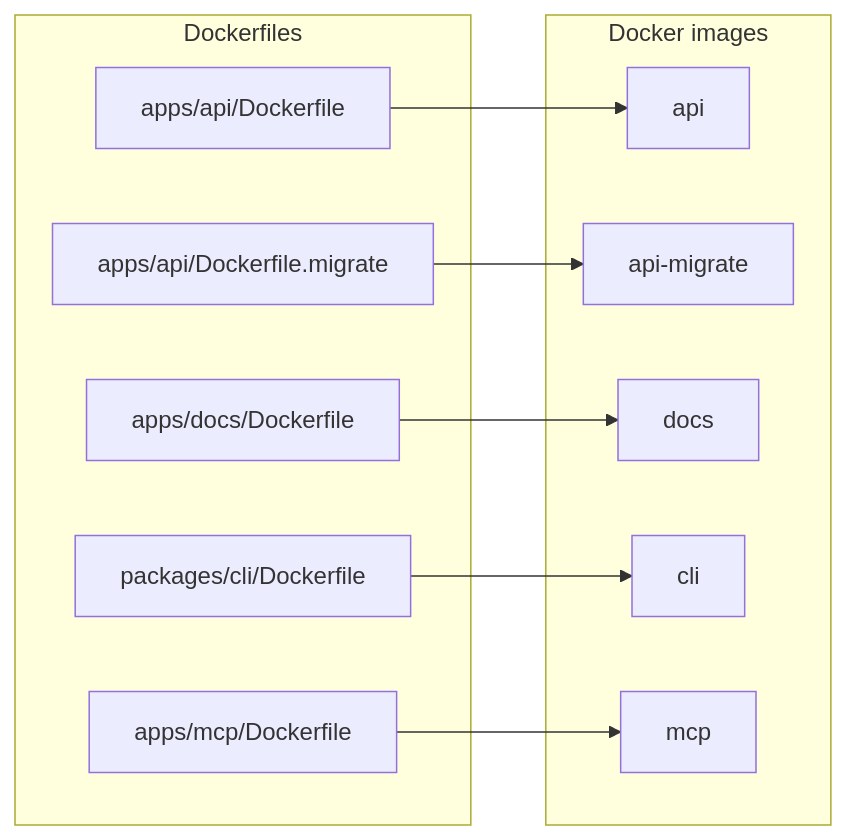
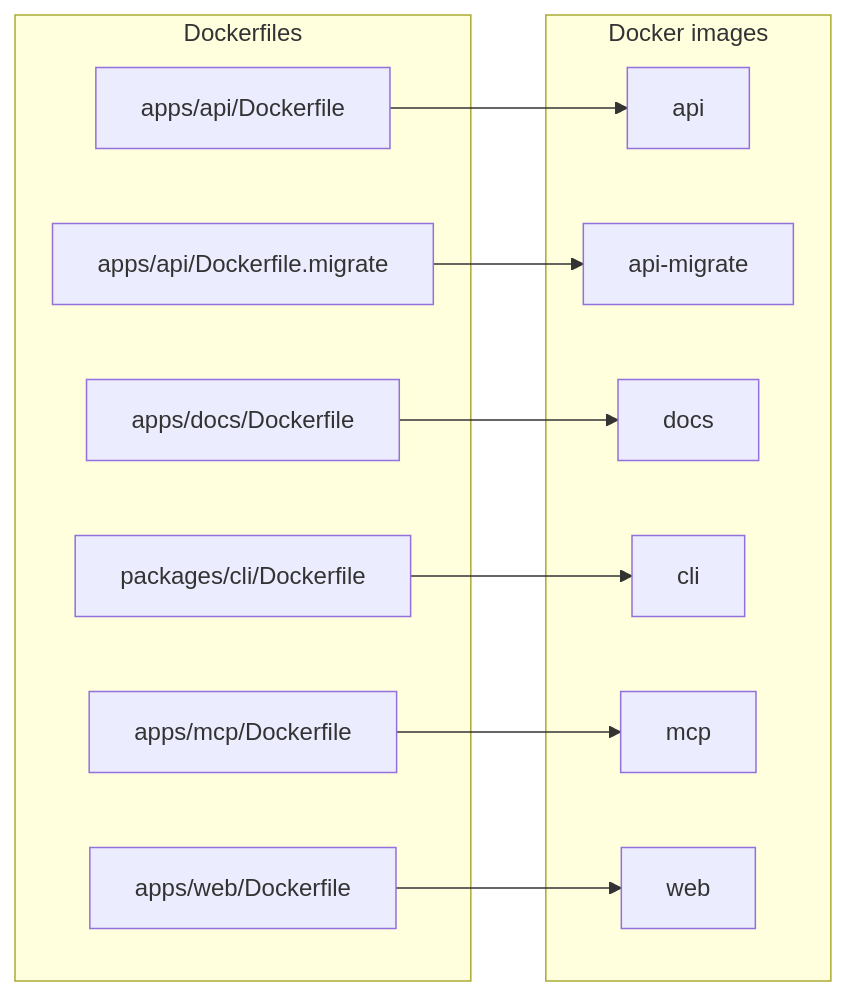
Before and after one commit to this-is-tobi/template-monorepo-ts: the first of 7 diagrams in docs/05-infrastructure.md, drawn with Mermaid. The commit also changed other lines of this file and 41 other files, not shown here.

````diff
--- a/docs/05-infrastructure.md
+++ b/docs/05-infrastructure.md
@@ -40,24 +41,27 @@
 ```mermaid
 graph LR
   subgraph dockerfiles["Dockerfiles"]
     df-api["apps/api/Dockerfile"]
     df-migrate["apps/api/Dockerfile.migrate"]
     df-docs["apps/docs/Dockerfile"]
     df-cli["packages/cli/Dockerfile"]
     df-mcp["apps/mcp/Dockerfile"]
+    df-web["apps/web/Dockerfile"]
   end
 
   subgraph images["Docker images"]
     img-api["api"]
     img-migrate["api-migrate"]
     img-docs["docs"]
     img-cli["cli"]
     img-mcp["mcp"]
+    img-web["web"]
   end
 
   df-api --> img-api
   df-migrate --> img-migrate
   df-docs --> img-docs
   df-cli --> img-cli
   df-mcp --> img-mcp
+  df-web --> img-web
 ```
````
